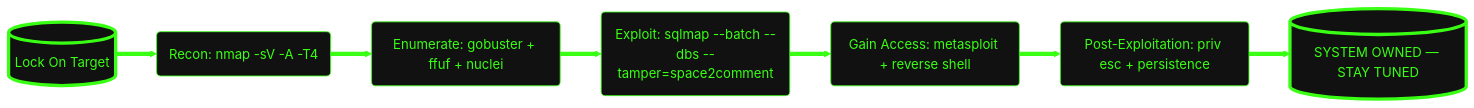
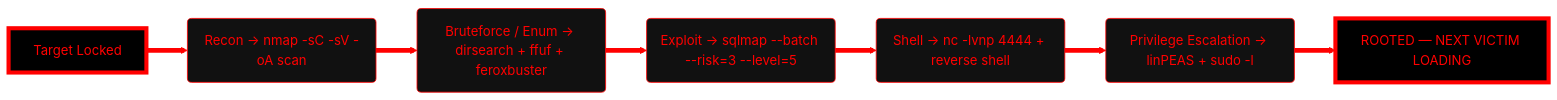
Before and after one commit to mrci0x1/mrci0x1: the diagram in README.md, drawn with Mermaid. The commit also changed other lines of this file, not shown here.

Commit message:
Update README with new hacking steps and links

````diff
--- a/README.md
+++ b/README.md
@@ -10,19 +10,19 @@
 ```mermaid
 graph LR
-    A[("Lock On Target")] 
-    --> B(Recon: nmap -sV -A -T4)
-    --> C(Enumerate: gobuster + ffuf + nuclei)
-    --> D(Exploit: sqlmap --batch --dbs --tamper=space2comment)
-    --> E(Gain Access: metasploit + reverse shell)
-    --> F(Post-Exploitation: priv esc + persistence)
-    --> G[("SYSTEM OWNED — STAY TUNED")]
+    A["Target Locked"] 
+    --> B("Recon → nmap -sC -sV -oA scan")
+    --> C("Bruteforce / Enum → dirsearch + ffuf + feroxbuster")
+    --> D("Exploit → sqlmap --batch --risk=3 --level=5")
+    --> E("Shell → nc -lvnp 4444 + reverse shell")
+    --> F("Privilege Escalation → linPEAS + sudo -l")
+    --> G["ROOTED — NEXT VICTIM LOADING"]
     
-    style A fill:#111,stroke:#39FF14,stroke-width:4px,color:#39FF14
-    style G fill:#111,stroke:#39FF14,stroke-width:4px,color:#39FF14
-    style B fill:#111,stroke:#39FF14,color:#39FF14,color:#39FF14
-    style C fill:#111,stroke:#39FF14,color:#39FF14
-    style D fill:#111,stroke:#39FF14,color:#39FF14
-    style E fill:#111,stroke:#39FF14,color:#39FF14
-    style F fill:#111,stroke:#39FF14,color:#39FF14
-    linkStyle 0,1,2,3,4,5 stroke:#39FF14,stroke-width:5px
+    style A fill:#000,stroke:#ff0000,stroke-width:5px,color:#ff0000
+    style G fill:#000,stroke:#ff0000,stroke-width:5px,color:#ff0000
+    style B fill:#111,stroke:#ff0000,color:#ff0000
+    style C fill:#111,stroke:#ff0000,color:#ff0000
+    style D fill:#111,stroke:#ff0000,color:#ff0000
+    style E fill:#111,stroke:#ff0000,color:#ff0000
+    style F fill:#111,stroke:#ff0000,color:#ff0000
+    linkStyle 0,1,2,3,4,5 stroke:#ff0000,stroke-width:6px
 ```
````
